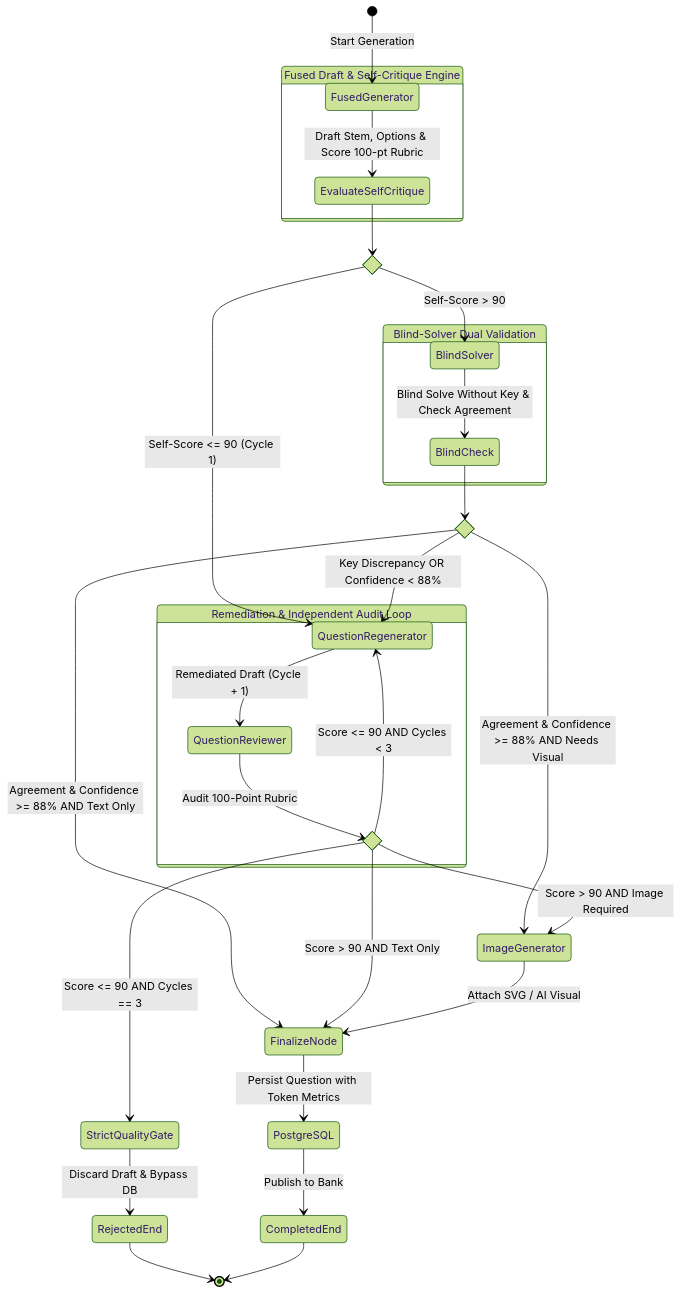
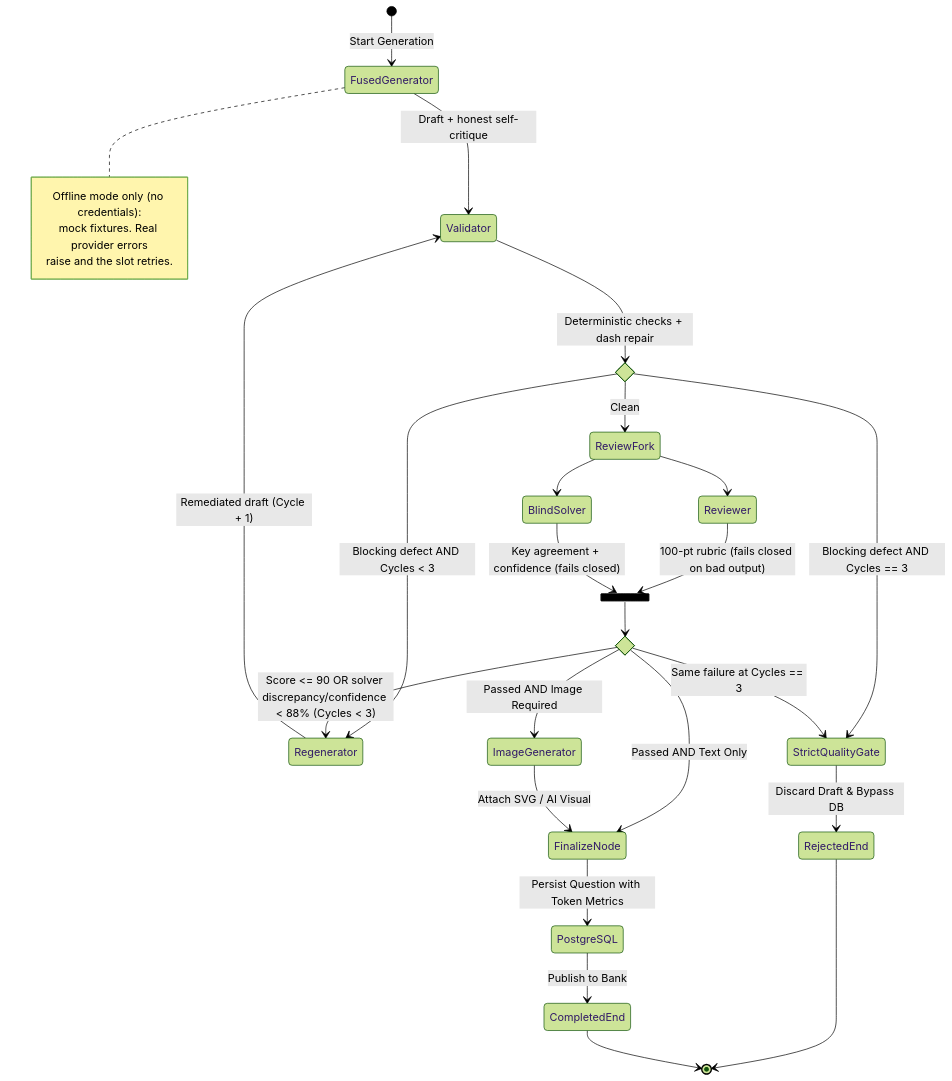
One commit to VishwamPatel-Infynno/Question-Bank-Generator changed the second of 7 diagrams in docs/ARCHITECTURE.md. Above: the diagram before and after it, drawn with Mermaid (forest theme). The commit also changed other lines of this file and 18 other files, not shown here.

````diff
--- a/docs/ARCHITECTURE.md
+++ b/docs/ARCHITECTURE.md
@@ -71,45 +74,41 @@
 ```mermaid
 stateDiagram-v2
     [*] --> FusedGenerator: Start Generation
-    
-    state "Fused Draft & Self-Critique Engine" as FusedNode {
-        FusedGenerator --> EvaluateSelfCritique: Draft Stem, Options & Score 100-pt Rubric
-    }
-    
-    state FusedRouter <<choice>>
-    EvaluateSelfCritique --> FusedRouter
-    
-    FusedRouter --> BlindSolver: Self-Score > 90
-    FusedRouter --> QuestionRegenerator: Self-Score <= 90 (Cycle 1)
-    
-    state "Blind-Solver Dual Validation" as BlindNode {
-        BlindSolver --> BlindCheck: Blind Solve Without Key & Check Agreement
-    }
-    
-    state BlindRouter <<choice>>
-    BlindCheck --> BlindRouter
-    
-    BlindRouter --> ImageGenerator: Agreement & Confidence >= 88% AND Needs Visual
-    BlindRouter --> FinalizeNode: Agreement & Confidence >= 88% AND Text Only
-    BlindRouter --> QuestionRegenerator: Key Discrepancy OR Confidence < 88%
-    
-    state "Remediation & Independent Audit Loop" as Loop {
-        QuestionRegenerator --> QuestionReviewer: Remediated Draft (Cycle + 1)
-        
-        state ReviewRouter <<choice>>
-        QuestionReviewer --> ReviewRouter: Audit 100-Point Rubric
-        ReviewRouter --> QuestionRegenerator: Score <= 90 AND Cycles < 3
-    }
 
-    ReviewRouter --> StrictQualityGate: Score <= 90 AND Cycles == 3
+    FusedGenerator --> Validator: Draft + honest self-critique
+    note right of FusedGenerator
+        Offline mode only (no credentials):
+        mock fixtures. Real provider errors
+        raise and the slot retries.
+    end note
+
+    state ValidatorRouter <<choice>>
+    Validator --> ValidatorRouter: Deterministic checks + dash repair
+    ValidatorRouter --> Regenerator: Blocking defect AND Cycles < 3
+    ValidatorRouter --> StrictQualityGate: Blocking defect AND Cycles == 3
+    ValidatorRouter --> ReviewFork: Clean
+
+    state ReviewFork <<fork>>
+    ReviewFork --> Reviewer
+    ReviewFork --> BlindSolver
+    state ReviewJoin <<join>>
+    Reviewer --> ReviewJoin: 100-pt rubric (fails closed on bad output)
+    BlindSolver --> ReviewJoin: Key agreement + confidence (fails closed)
+
+    state GateRouter <<choice>>
+    ReviewJoin --> GateRouter
+    GateRouter --> Regenerator: Score <= 90 OR solver discrepancy/confidence < 88% (Cycles < 3)
+    GateRouter --> StrictQualityGate: Same failure at Cycles == 3
+    Regenerator --> Validator: Remediated draft (Cycle + 1)
+
+    GateRouter --> ImageGenerator: Passed AND Image Required
+    GateRouter --> FinalizeNode: Passed AND Text Only
+    ImageGenerator --> FinalizeNode: Attach SVG / AI Visual
+
     StrictQualityGate --> RejectedEnd: Discard Draft & Bypass DB
     RejectedEnd --> [*]
 
-    ReviewRouter --> ImageGenerator: Score > 90 AND Image Required
-    ReviewRouter --> FinalizeNode: Score > 90 AND Text Only
-    ImageGenerator --> FinalizeNode: Attach SVG / AI Visual
-    
     FinalizeNode --> PostgreSQL: Persist Question with Token Metrics
     PostgreSQL --> CompletedEnd: Publish to Bank
     CompletedEnd --> [*]
 ```
````
